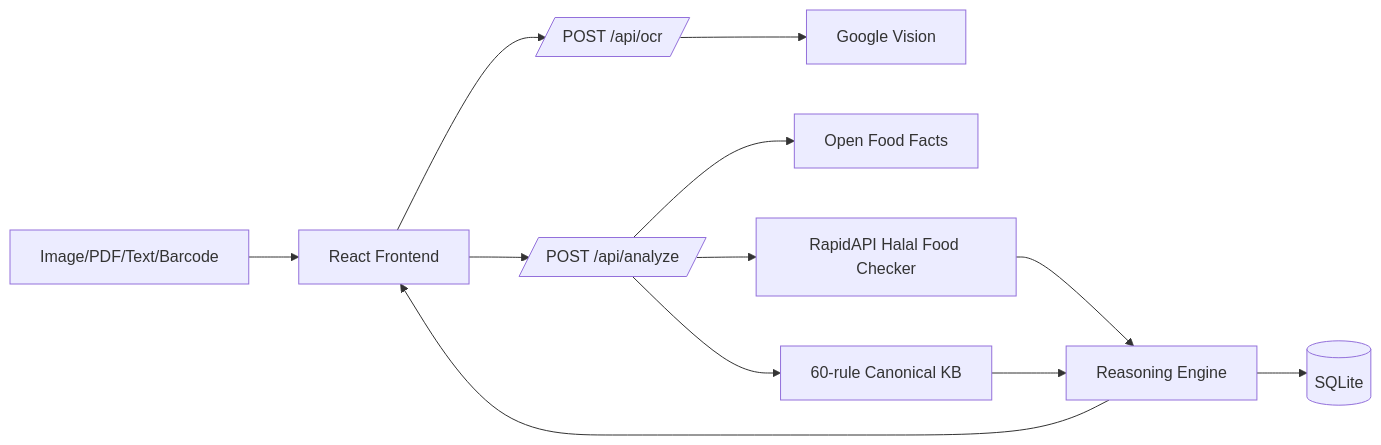
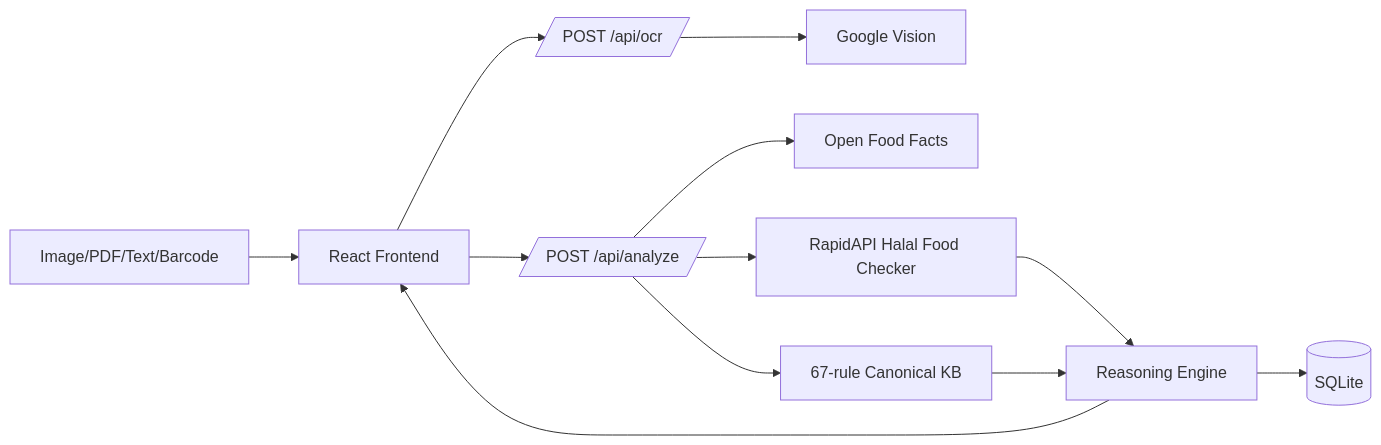
Before and after one commit to Gabbu69/HalalScan: the first of 2 diagrams in TECHNICAL_REPORT.md, drawn with Mermaid. The commit also changed other lines of this file and 25 other files, not shown here.

````diff
--- a/TECHNICAL_REPORT.md
+++ b/TECHNICAL_REPORT.md
@@ -7,14 +7,14 @@
 ```mermaid
 flowchart LR
   U[Image/PDF/Text/Barcode] --> FE[React Frontend]
   FE --> OCR[/POST /api/ocr/]
   FE --> AN[/POST /api/analyze/]
   OCR --> GV[Google Vision]
   AN --> OFF[Open Food Facts]
   AN --> ML[RapidAPI Halal Food Checker]
-  AN --> KB[60-rule Canonical KB]
+  AN --> KB[67-rule Canonical KB]
   ML --> RE[Reasoning Engine]
   KB --> RE
   RE --> DB[(SQLite)]
   RE --> FE
 ```
````
